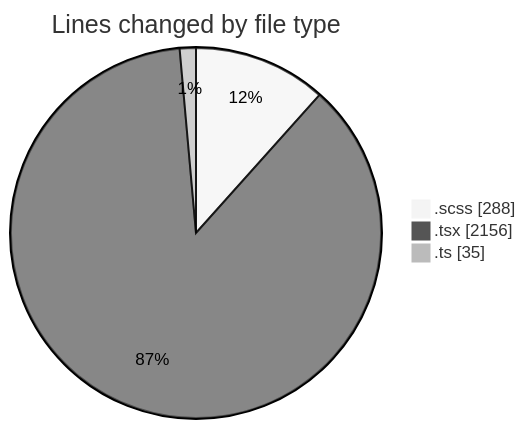
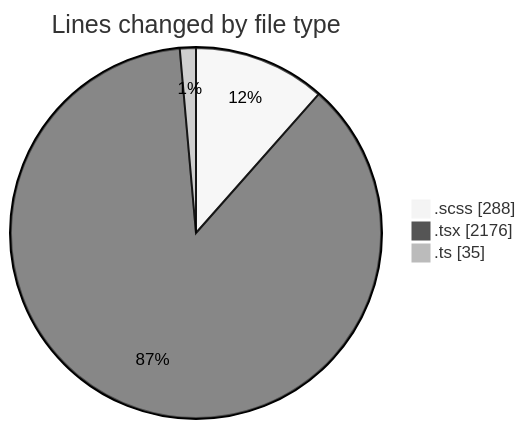
One commit to momahboobian/code-tracking changed the first of 2 diagrams in 2025-02-10/cda/README.md. Above: the diagram before and after it, drawn with Mermaid (neutral theme). The commit also changed other lines of this file and 1 other file, not shown here.

````diff
--- a/2025-02-10/cda/README.md
+++ b/2025-02-10/cda/README.md
@@ -25,7 +25,7 @@
 ```mermaid
 pie showData
 title Lines changed by file type
 ".scss" : 288
-".tsx" : 2156
+".tsx" : 2176
 ".ts" : 35
 ```
````
